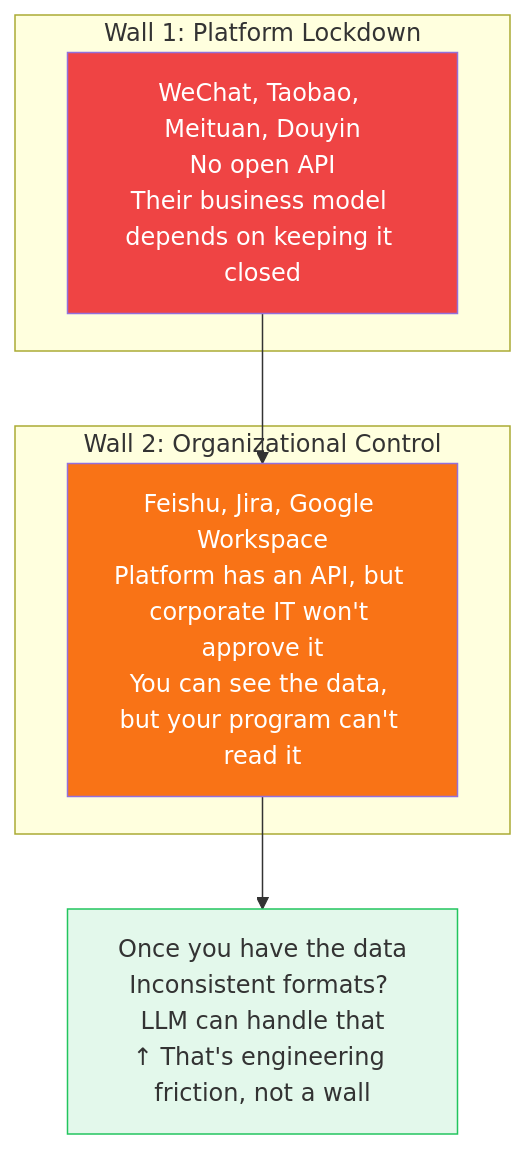
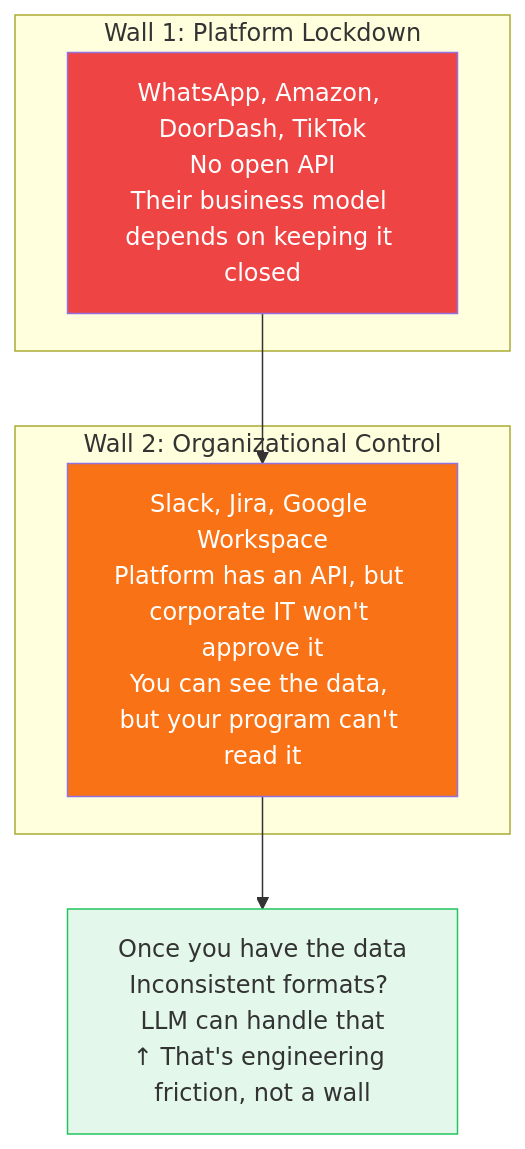
The third of 5 diagrams in content/en/posts/agent-bottleneck-data-sovereignty.md (Trashwbin/quill), drawn with Mermaid before and after one commit. The commit also changed other lines of this file and 2 other files, not shown here.

Commit message:
i18n: replace Chinese product refs with international equivalents (WeChat→WhatsApp, Feishu→Slack, 美团→DoorDash, etc.) - keep Alibaba ecosystem intact

````diff
--- a/content/en/posts/agent-bottleneck-data-sovereignty.md
+++ b/content/en/posts/agent-bottleneck-data-sovereignty.md
@@ -69,18 +69,18 @@
 ```mermaid
 graph TB
     subgraph "Wall 1: Platform Lockdown"
-        W1["WeChat, Taobao, Meituan, Douyin<br/>No open API<br/>Their business model depends on keeping it closed"]
+        W1["WhatsApp, Amazon, DoorDash, TikTok<br/>No open API<br/>Their business model depends on keeping it closed"]
     end
     
     subgraph "Wall 2: Organizational Control"
-        W2["Feishu, Jira, Google Workspace<br/>Platform has an API, but corporate IT won't approve it<br/>You can see the data, but your program can't read it"]
+        W2["Slack, Jira, Google Workspace<br/>Platform has an API, but corporate IT won't approve it<br/>You can see the data, but your program can't read it"]
     end
     
     W1 --> W2
     
     W2 --> After["Once you have the data<br/>Inconsistent formats? LLM can handle that<br/>↑ That's engineering friction, not a wall"]
     
     style W1 fill:#ef4444,color:#fff
     style W2 fill:#f97316,color:#fff
     style After fill:#22c55e20,stroke:#22c55e
 ```
````
